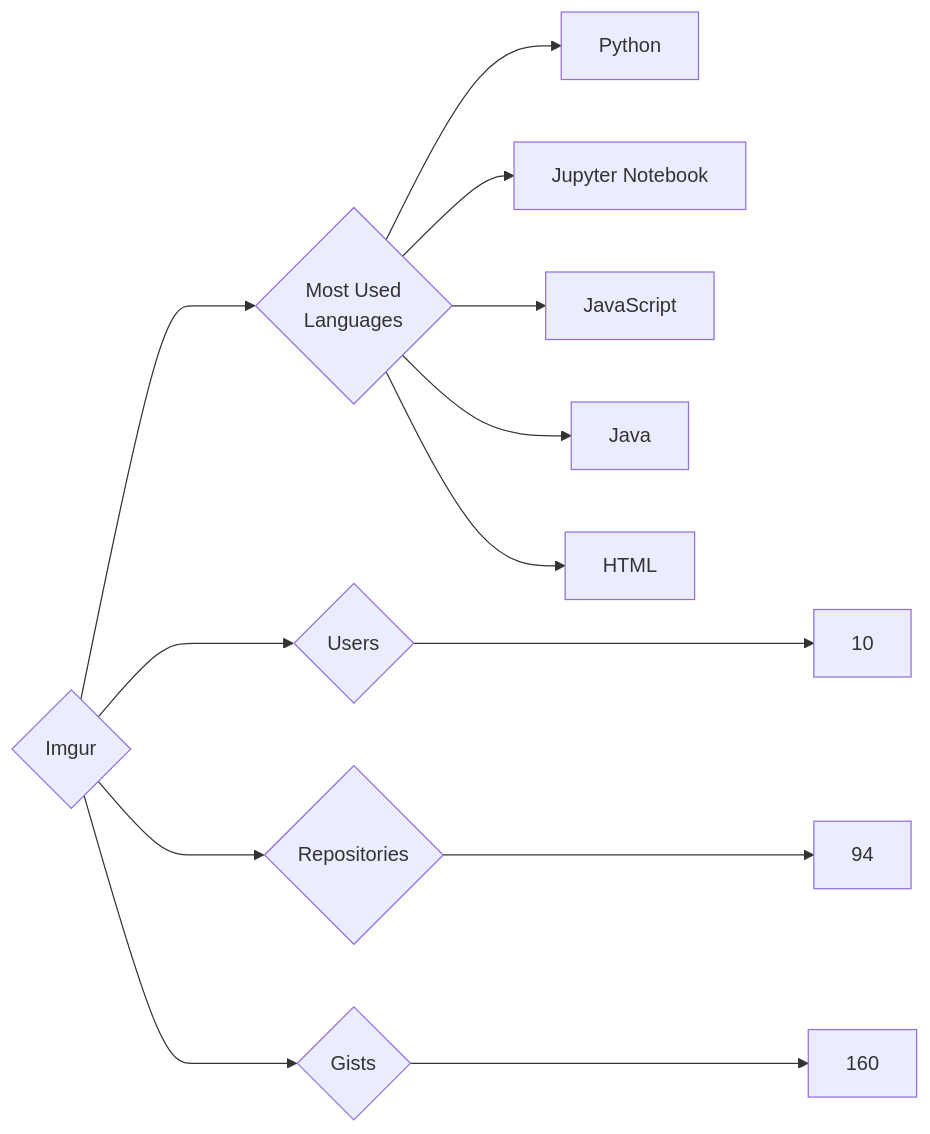
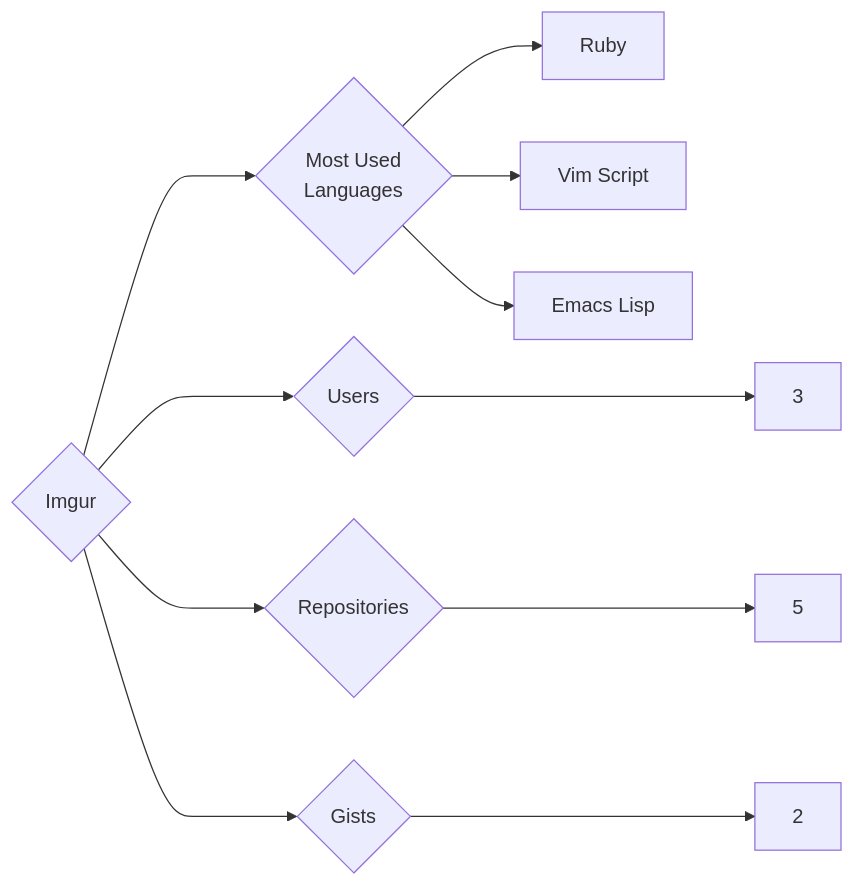
The diagram in targets/Imgur/README.md (trickest/insiders), drawn with Mermaid before and after one commit. The commit also changed 1123 other files, not shown here.

````diff
--- a/targets/Imgur/README.md
+++ b/targets/Imgur/README.md
@@ -3,13 +3,11 @@
 ```mermaid
 graph LR
 COMPANY_NAME{Imgur}
-COMPANY_NAME ---> U{Users} ---> UN[10]
-COMPANY_NAME ---> R{Repositories} ---> RN[94]
-COMPANY_NAME ---> G{Gists} ---> GN[160]
+COMPANY_NAME ---> U{Users} ---> UN[3]
+COMPANY_NAME ---> R{Repositories} ---> RN[5]
+COMPANY_NAME ---> G{Gists} ---> GN[2]
 COMPANY_NAME ---> ML{Most Used<br>Languages}
-ML --> Python[Python]
-ML --> Jupyter_Notebook[Jupyter Notebook]
-ML --> JavaScript[JavaScript]
-ML --> Java[Java]
-ML --> HTML[HTML]
+ML --> Ruby[Ruby]
+ML --> Vim_Script[Vim Script]
+ML --> Emacs_Lisp[Emacs Lisp]
 ```
````
